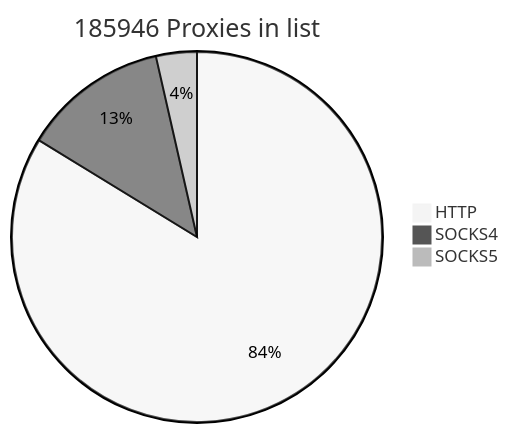
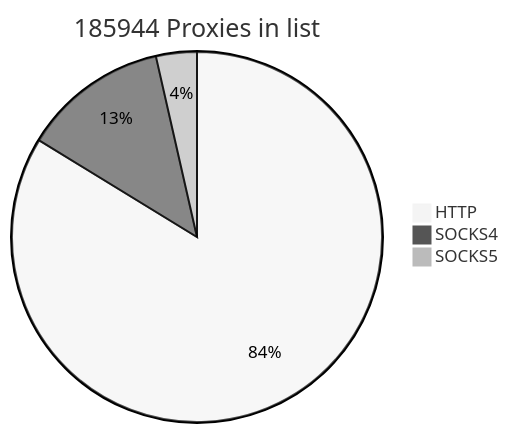
One commit to cutipu/proxylist changed the first of 2 diagrams in README.md. Above: the diagram before and after it, drawn with Mermaid (neutral theme). The commit also changed other lines of this file, not shown here.

````diff
--- a/README.md
+++ b/README.md
@@ -2,7 +2,7 @@
 ```mermaid
-pie title 185946 Proxies in list
+pie title 185944 Proxies in list
     "HTTP" : 155718
-    "SOCKS4" : 23606
+    "SOCKS4" : 23604
     "SOCKS5" : 6622
             
 ```
````
